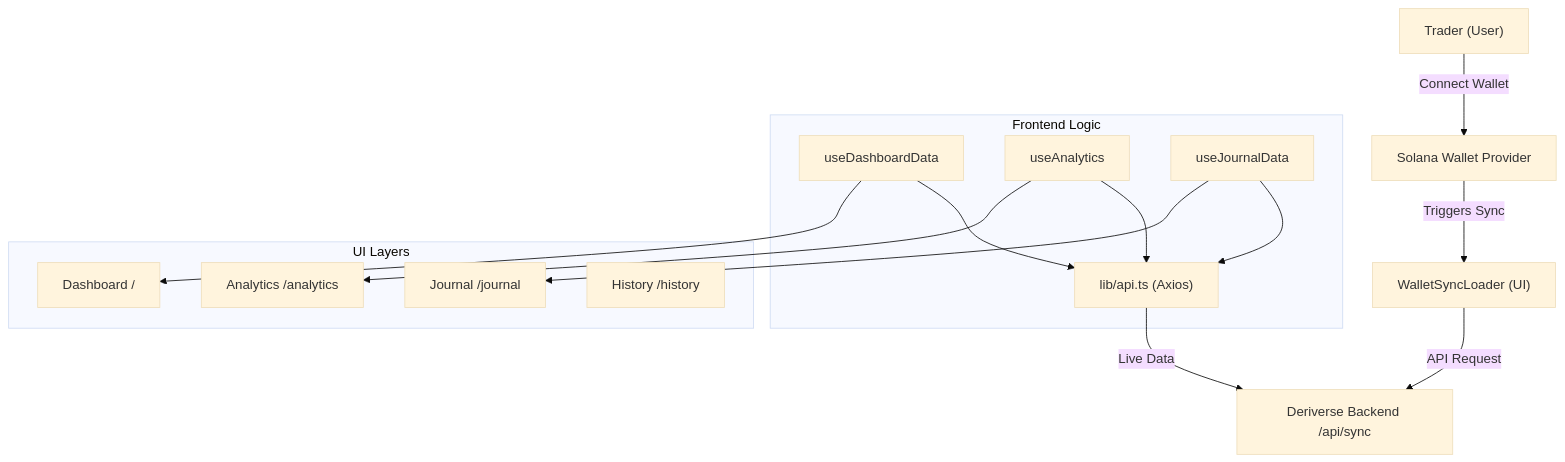
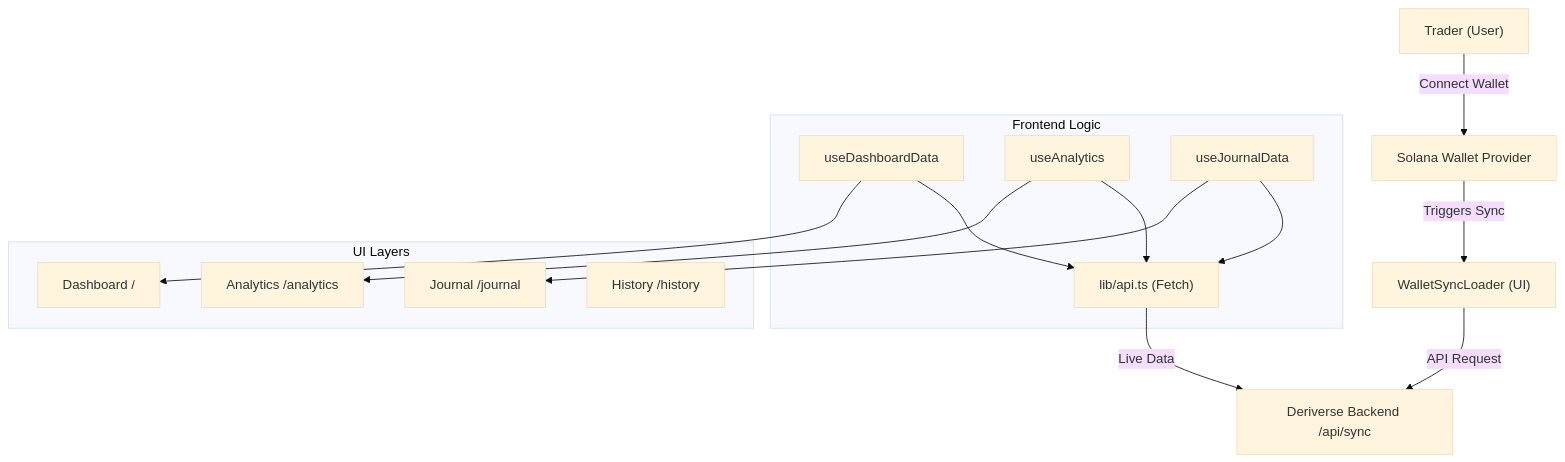
One commit to Fortexfreddie/deriverse_frontend changed the first of 2 diagrams in README.md. Above: the diagram before and after it, drawn with Mermaid (base theme). The commit also changed other lines of this file and 5 other files, not shown here.

First line of the commit message:
feat(analytics): integrate all swagger endpoints, add behavioral metrics, fix composition chart

````diff
--- a/README.md
+++ b/README.md
@@ -29,31 +64,31 @@
 ```mermaid
 graph TD
     User["Trader (User)"] -->|Connect Wallet| Auth["Solana Wallet Provider"]
     Auth -->|Triggers Sync| SyncUI["WalletSyncLoader (UI)"]
     SyncUI -->|API Request| Backend["Deriverse Backend /api/sync"]
     
     subgraph Frontend Logic
         Hook_Dashboard["useDashboardData"]
         Hook_Analytics["useAnalytics"]
         Hook_Journal["useJournalData"]
         
-        API_Client["lib/api.ts (Axios)"]
+        API_Client["lib/api.ts (Fetch)"]
     end
     
     Hook_Dashboard --> API_Client
     Hook_Analytics --> API_Client
     Hook_Journal --> API_Client
     
     API_Client -->|Live Data| Backend
     
     subgraph UI Layers
         Page_Dashboard["Dashboard /"]
         Page_Analytics["Analytics /analytics"]
         Page_Journal["Journal /journal"]
         Page_History["History /history"]
     end
     
     Hook_Dashboard --> Page_Dashboard
     Hook_Analytics --> Page_Analytics
     Hook_Journal --> Page_Journal
 ```
````
